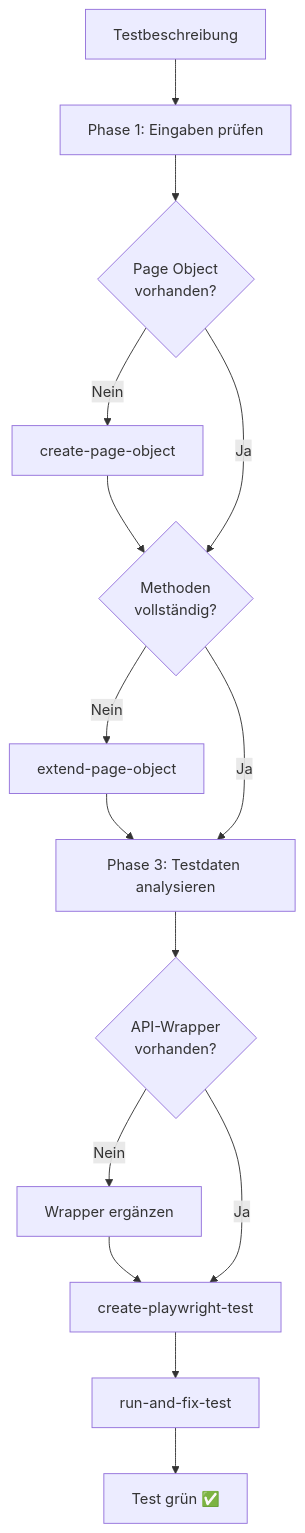
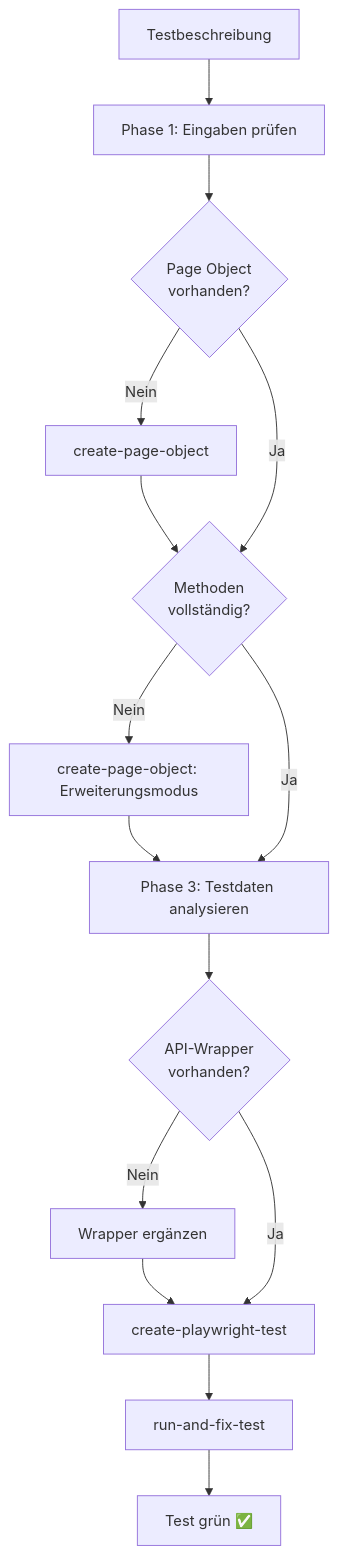
Before and after one commit to dbildungsplattform/schulportal-testautomatisierung: the diagram in .github/skills/playwright-test-workflow/kiPlaywright.md, drawn with Mermaid. The commit also changed other lines of this file and 7 other files, not shown here.

Commit message:
SPSH-3982 merge create and extend page object skills

````diff
--- a/.github/skills/playwright-test-workflow/kiPlaywright.md
+++ b/.github/skills/playwright-test-workflow/kiPlaywright.md
@@ -91,17 +91,17 @@
 ```mermaid
 flowchart TD
     A[Testbeschreibung] --> B[Phase 1: Eingaben prüfen]
     B --> C{Page Object\nvorhanden?}
     C -- Nein --> D[create-page-object]
     D --> E{Methoden\nvollständig?}
     C -- Ja --> E
-    E -- Nein --> F[extend-page-object]
+   E -- Nein --> F[create-page-object: Erweiterungsmodus]
     F --> G[Phase 3: Testdaten analysieren]
     E -- Ja --> G
     G --> G2{API-Wrapper\nvorhanden?}
     G2 -- Nein --> G3[Wrapper ergänzen]
     G3 --> H[create-playwright-test]
     G2 -- Ja --> H
     H --> I[run-and-fix-test]
     I --> J[Test grün ✅]
 ```
````
